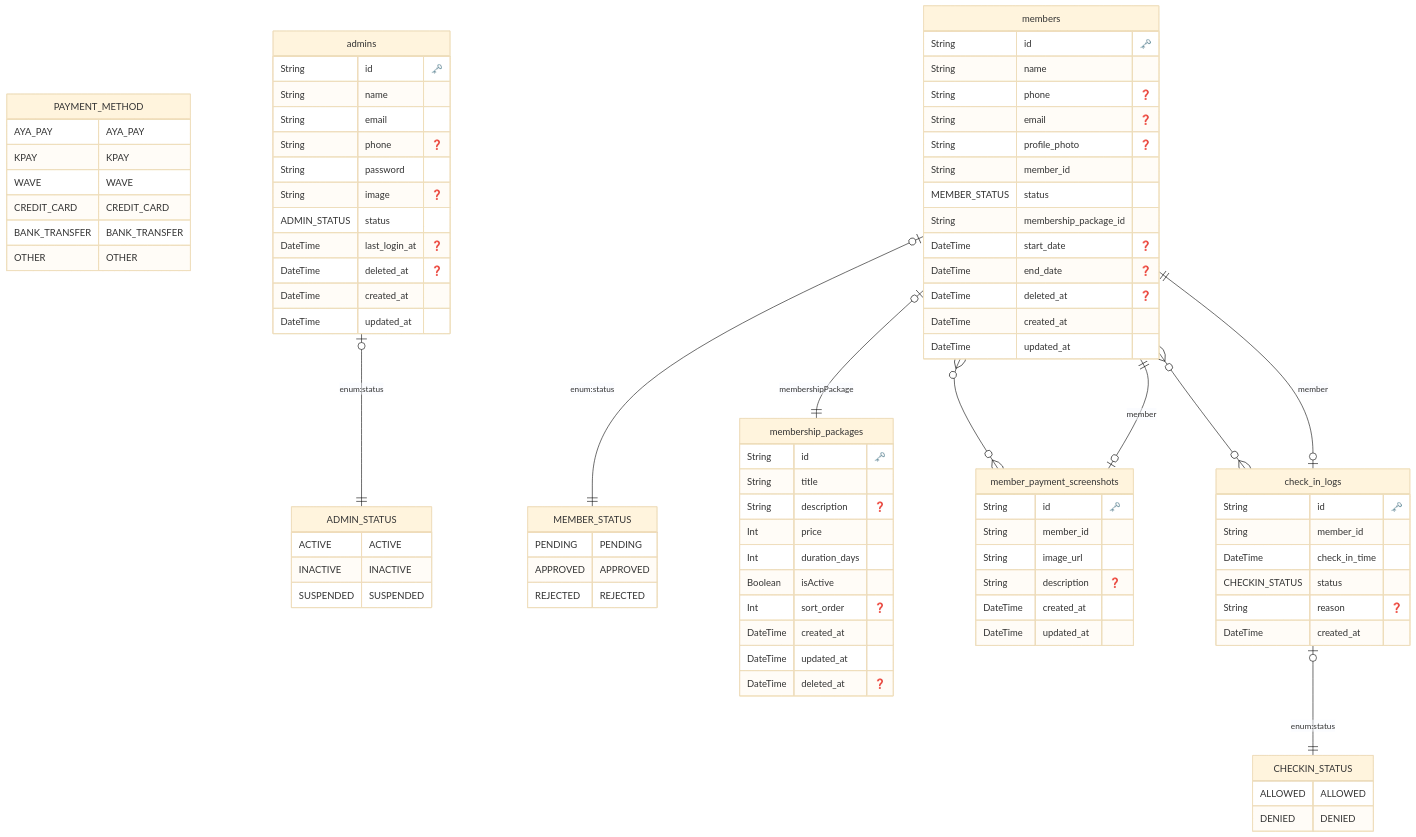
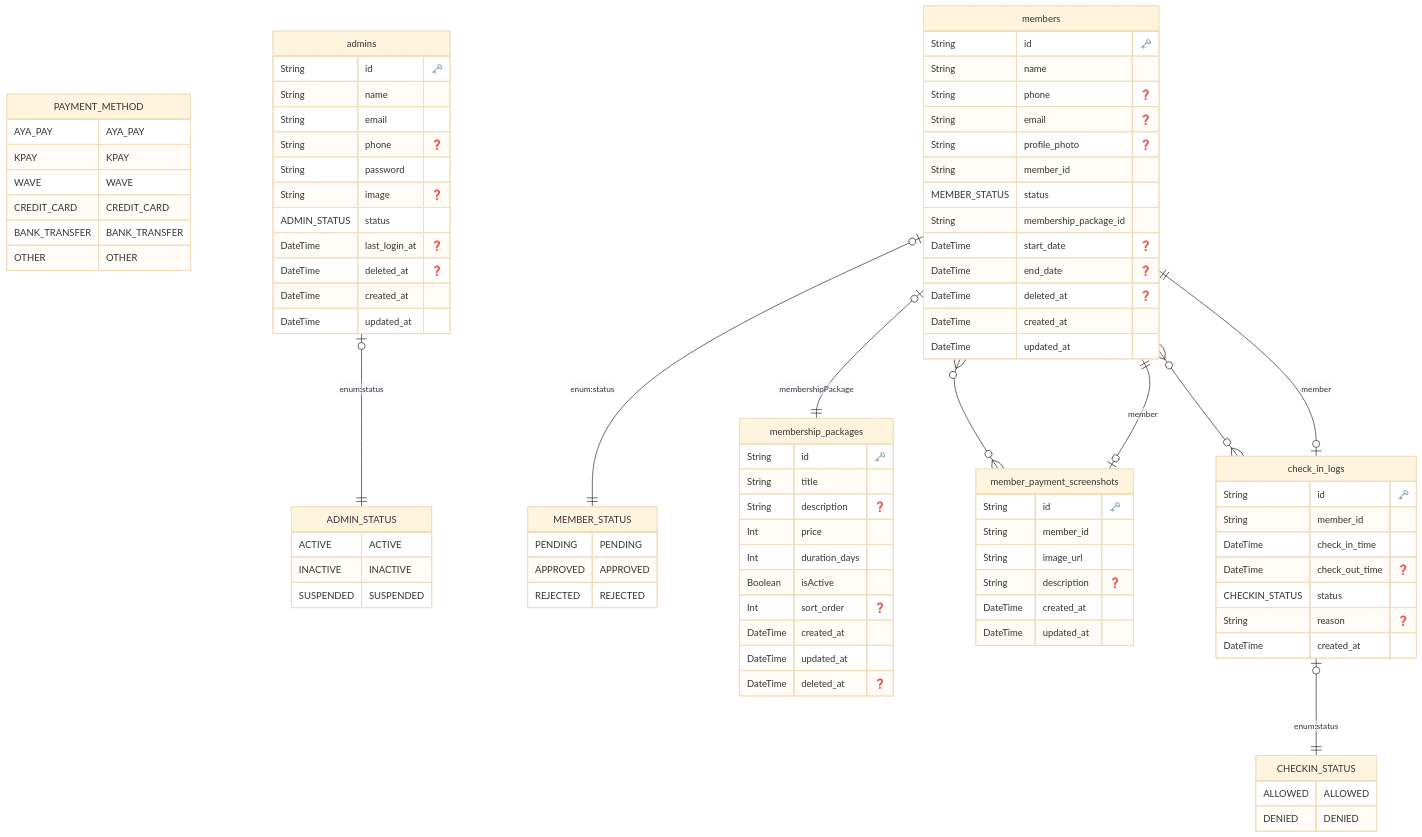
The diagram in prisma/ERD.md (DevAdriam/Gym-Mini-Checkin-System-Backend), drawn with Mermaid (base theme) before and after one commit. The commit also changed 18 other files, not shown here.

```diff
--- a/prisma/ERD.md
+++ b/prisma/ERD.md
@@ -93,6 +93,7 @@
     String id "🗝️"
     String member_id 
     DateTime check_in_time 
+    DateTime check_out_time "❓"
     CHECKIN_STATUS status 
     String reason "❓"
     DateTime created_at 
```
